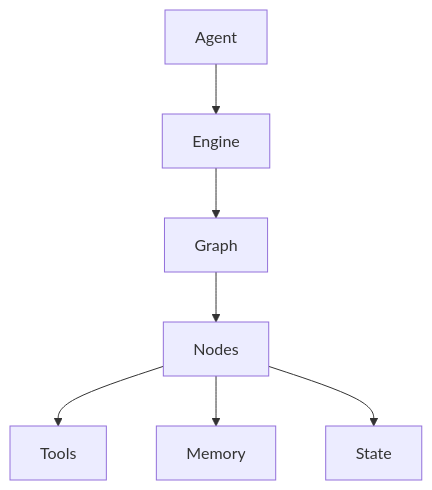
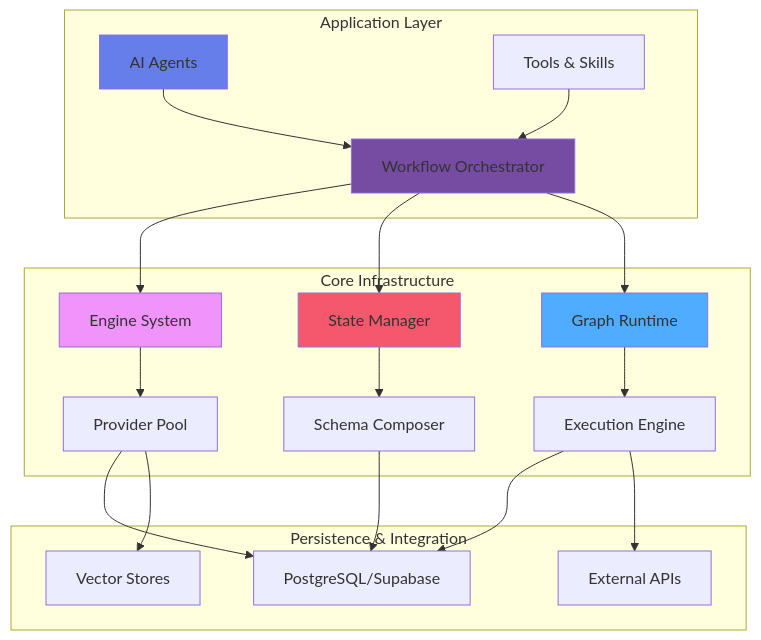
The diagram in docs/source/index.rst (pr1m8/haive-core), drawn with Mermaid before and after one commit. The commit also changed other lines of this file and 27 other files, not shown here.

```diff
--- a/docs/source/index.rst
+++ b/docs/source/index.rst
@@ -57,9 +413,32 @@
-      .. mermaid::
+.. mermaid::
 
-         graph TD
-             A[Agent] --> B[Engine]
-             B --> C[Graph]
-             C --> D[Nodes]
-             D --> E[Tools]
-             D --> F[Memory]
-             D --> G[State]
+   graph TB
+      subgraph "Application Layer"
+         A[AI Agents] --> B[Workflow Orchestrator]
+         C[Tools & Skills] --> B
+      end
+      
+      subgraph "Core Infrastructure"
+         B --> D[Engine System]
+         B --> E[State Manager]
+         B --> F[Graph Runtime]
+         
+         D --> G[Provider Pool]
+         E --> H[Schema Composer]
+         F --> I[Execution Engine]
+      end
+      
+      subgraph "Persistence & Integration"
+         G --> J[PostgreSQL/Supabase]
+         H --> J
+         I --> J
+         
+         G --> K[Vector Stores]
+         I --> L[External APIs]
+      end
+      
+      style A fill:#667eea
+      style B fill:#764ba2
+      style D fill:#f093fb
+      style E fill:#f5576c
+      style F fill:#4facfe
```
